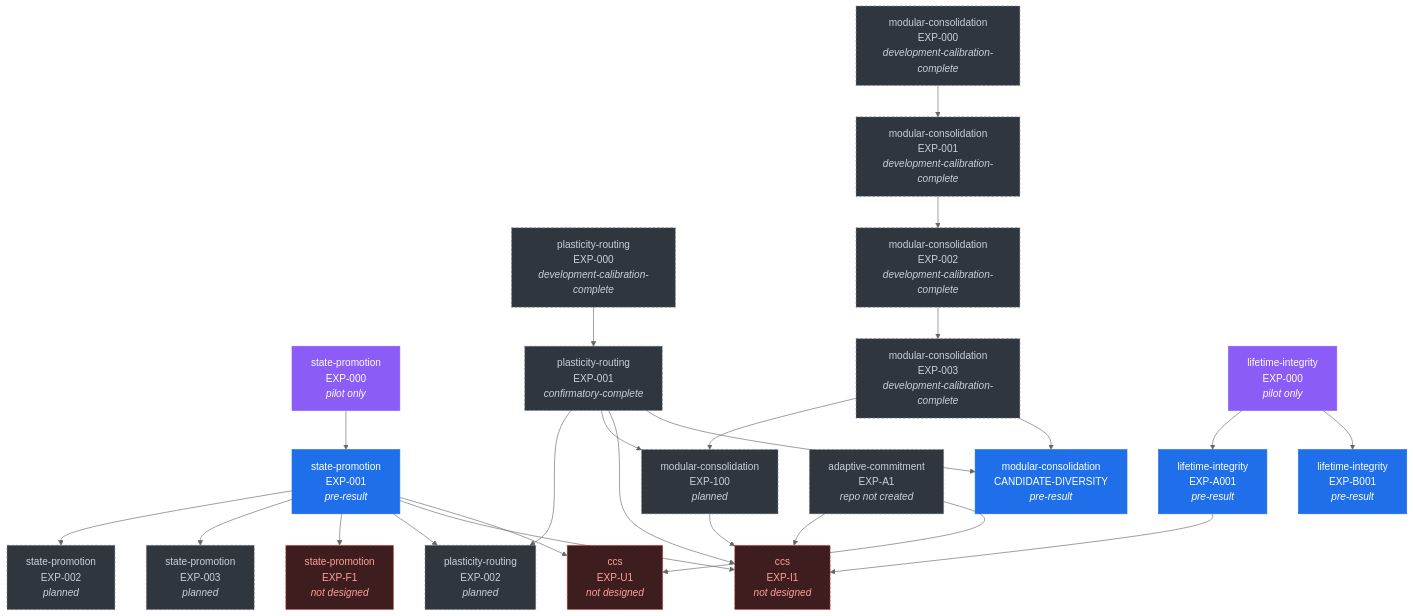
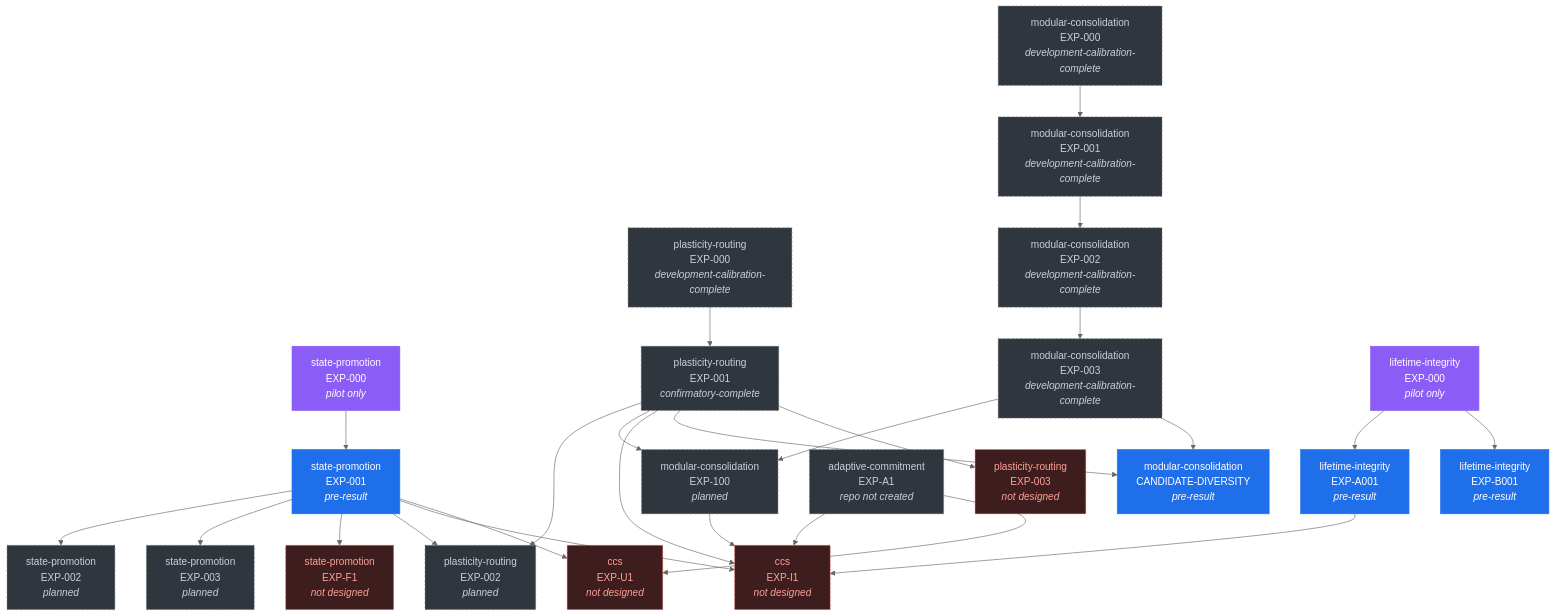
Before and after one commit to in-c0/consolidating-cognitive-substrate: the diagram in docs/DEPENDENCY-DAG.md, drawn with Mermaid (neutral theme). The commit also changed other lines of this file and 7 other files, not shown here.

````diff
--- a/docs/DEPENDENCY-DAG.md
+++ b/docs/DEPENDENCY-DAG.md
@@ -14,72 +14,75 @@
 ```mermaid
 graph TD
   state_promotion_EXP_000["state-promotion<br/>EXP-000<br/><i>pilot only</i>"]
   class state_promotion_EXP_000 pilot;
   state_promotion_EXP_001["state-promotion<br/>EXP-001<br/><i>pre-result</i>"]
   class state_promotion_EXP_001 active;
   state_promotion_EXP_002["state-promotion<br/>EXP-002<br/><i>planned</i>"]
   class state_promotion_EXP_002 planned;
   state_promotion_EXP_003["state-promotion<br/>EXP-003<br/><i>planned</i>"]
   class state_promotion_EXP_003 planned;
   state_promotion_EXP_F1["state-promotion<br/>EXP-F1<br/><i>not designed</i>"]
   class state_promotion_EXP_F1 undesigned;
   plasticity_routing_EXP_000["plasticity-routing<br/>EXP-000<br/><i>development-calibration-complete</i>"]
   class plasticity_routing_EXP_000 planned;
   plasticity_routing_EXP_001["plasticity-routing<br/>EXP-001<br/><i>confirmatory-complete</i>"]
   class plasticity_routing_EXP_001 planned;
   plasticity_routing_EXP_002["plasticity-routing<br/>EXP-002<br/><i>planned</i>"]
   class plasticity_routing_EXP_002 planned;
   modular_consolidation_EXP_000["modular-consolidation<br/>EXP-000<br/><i>development-calibration-complete</i>"]
   class modular_consolidation_EXP_000 planned;
   modular_consolidation_EXP_001["modular-consolidation<br/>EXP-001<br/><i>development-calibration-complete</i>"]
   class modular_consolidation_EXP_001 planned;
   modular_consolidation_EXP_002["modular-consolidation<br/>EXP-002<br/><i>development-calibration-complete</i>"]
   class modular_consolidation_EXP_002 planned;
   modular_consolidation_EXP_003["modular-consolidation<br/>EXP-003<br/><i>development-calibration-complete</i>"]
   class modular_consolidation_EXP_003 planned;
   modular_consolidation_EXP_100["modular-consolidation<br/>EXP-100<br/><i>planned</i>"]
   class modular_consolidation_EXP_100 planned;
   lifetime_integrity_EXP_000["lifetime-integrity<br/>EXP-000<br/><i>pilot only</i>"]
   class lifetime_integrity_EXP_000 pilot;
   lifetime_integrity_EXP_A001["lifetime-integrity<br/>EXP-A001<br/><i>pre-result</i>"]
   class lifetime_integrity_EXP_A001 active;
   lifetime_integrity_EXP_B001["lifetime-integrity<br/>EXP-B001<br/><i>pre-result</i>"]
   class lifetime_integrity_EXP_B001 active;
   ccs_EXP_I1["ccs<br/>EXP-I1<br/><i>not designed</i>"]
   class ccs_EXP_I1 undesigned;
   adaptive_commitment_EXP_A1["adaptive-commitment<br/>EXP-A1<br/><i>repo not created</i>"]
   class adaptive_commitment_EXP_A1 planned;
   ccs_EXP_U1["ccs<br/>EXP-U1<br/><i>not designed</i>"]
   class ccs_EXP_U1 undesigned;
   modular_consolidation_CANDIDATE_DIVERSITY["modular-consolidation<br/>CANDIDATE-DIVERSITY<br/><i>pre-result</i>"]
   class modular_consolidation_CANDIDATE_DIVERSITY active;
+  plasticity_routing_EXP_003["plasticity-routing<br/>EXP-003<br/><i>not designed</i>"]
+  class plasticity_routing_EXP_003 undesigned;
 
   state_promotion_EXP_000 --> state_promotion_EXP_001
   state_promotion_EXP_001 --> state_promotion_EXP_002
   state_promotion_EXP_001 --> state_promotion_EXP_003
   state_promotion_EXP_001 --> state_promotion_EXP_F1
   plasticity_routing_EXP_000 --> plasticity_routing_EXP_001
   plasticity_routing_EXP_001 --> plasticity_routing_EXP_002
   state_promotion_EXP_001 --> plasticity_routing_EXP_002
   modular_consolidation_EXP_000 --> modular_consolidation_EXP_001
   modular_consolidation_EXP_001 --> modular_consolidation_EXP_002
   modular_consolidation_EXP_002 --> modular_consolidation_EXP_003
   modular_consolidation_EXP_003 --> modular_consolidation_EXP_100
   plasticity_routing_EXP_001 --> modular_consolidation_EXP_100
   lifetime_integrity_EXP_000 --> lifetime_integrity_EXP_A001
   lifetime_integrity_EXP_000 --> lifetime_integrity_EXP_B001
   state_promotion_EXP_001 --> ccs_EXP_I1
   plasticity_routing_EXP_001 --> ccs_EXP_I1
   adaptive_commitment_EXP_A1 --> ccs_EXP_I1
   modular_consolidation_EXP_100 --> ccs_EXP_I1
   lifetime_integrity_EXP_A001 --> ccs_EXP_I1
   state_promotion_EXP_001 --> ccs_EXP_U1
   adaptive_commitment_EXP_A1 --> ccs_EXP_U1
   modular_consolidation_EXP_003 --> modular_consolidation_CANDIDATE_DIVERSITY
   plasticity_routing_EXP_001 --> modular_consolidation_CANDIDATE_DIVERSITY
+  plasticity_routing_EXP_001 --> plasticity_routing_EXP_003
 
   classDef active fill:#1f6feb,stroke:#1f6feb,color:#fff;
   classDef pilot fill:#8b5cf6,stroke:#8b5cf6,color:#fff;
   classDef planned fill:#30363d,stroke:#6e7681,color:#c9d1d9,stroke-dasharray:4 3;
   classDef undesigned fill:#3d1d1d,stroke:#f85149,color:#ffa198,stroke-dasharray:4 3;
 ```
````
